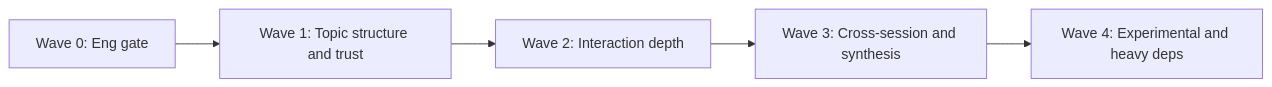
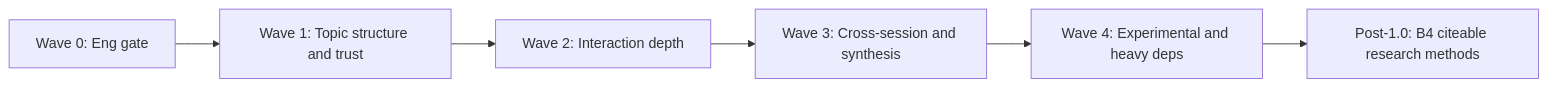
Before and after one commit to glen-w/TranscriptX: the diagram in docs/dev/analysis_module_backlog_2026-07-17.md, drawn with Mermaid. The commit also changed other lines of this file and 32 other files, not shown here.

````diff
--- a/docs/dev/analysis_module_backlog_2026-07-17.md
+++ b/docs/dev/analysis_module_backlog_2026-07-17.md
@@ -186,7 +208,8 @@
 ```mermaid
 flowchart LR
   W0[Wave 0: Eng gate] --> W1[Wave 1: Topic structure and trust]
   W1 --> W2[Wave 2: Interaction depth]
   W2 --> W3[Wave 3: Cross-session and synthesis]
   W3 --> W4[Wave 4: Experimental and heavy deps]
+  W4 --> Post10[Post-1.0: B4 citeable research methods]
 ```
````
